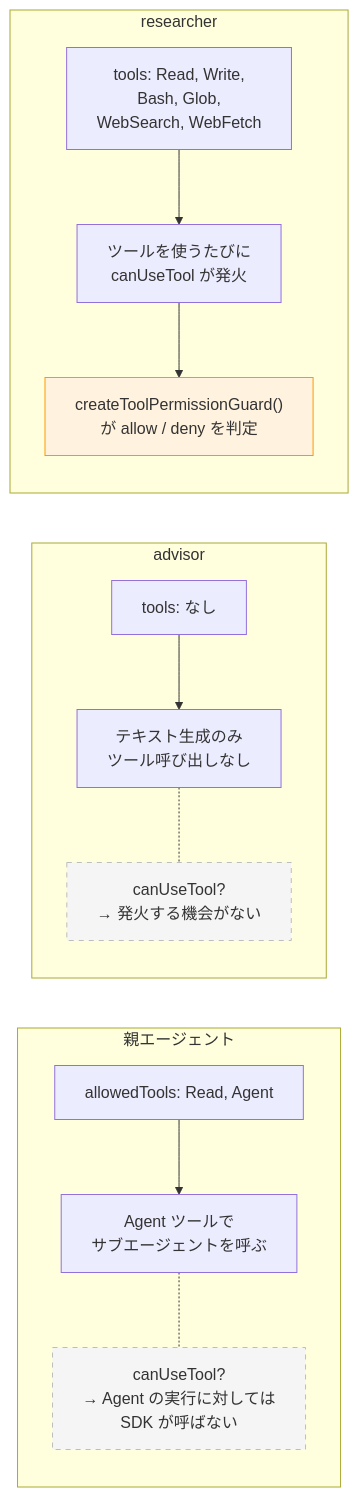
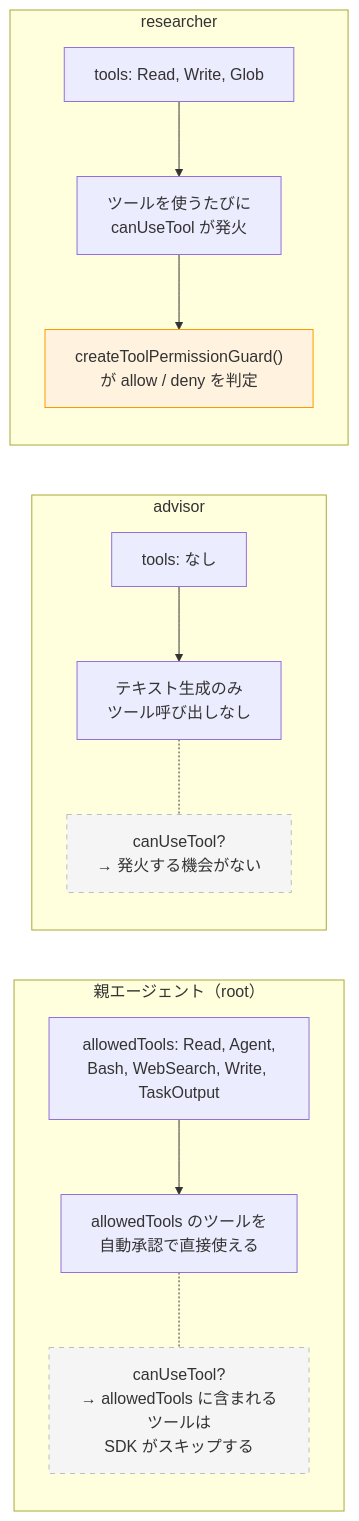
One commit to yukaorange/dcc_suport changed diagram 18 of 30 in docs/architecture.md. Above: the diagram before and after it, drawn with Mermaid. The commit also changed other lines of this file and 5 other files, not shown here.

````diff
--- a/docs/architecture.md
+++ b/docs/architecture.md
@@ -563,24 +563,24 @@
 ```mermaid
 flowchart LR
-    subgraph parent ["親エージェント"]
-        PT["allowedTools: Read, Agent"]
-        PT --> PA["Agent ツールで<br>サブエージェントを呼ぶ"]
-        PA -.- PG["canUseTool?<br>→ Agent の実行に対しては<br>SDK が呼ばない"]
+    subgraph parent ["親エージェント（root）"]
+        PT["allowedTools: Read, Agent,<br>Bash, WebSearch, Write, TaskOutput"]
+        PT --> PA["allowedTools のツールを<br>自動承認で直接使える"]
+        PA -.- PG["canUseTool?<br>→ allowedTools に含まれるツールは<br>SDK がスキップする"]
     end
 
     subgraph advisor_box ["advisor"]
         AT["tools: なし"]
         AT --> AA["テキスト生成のみ<br>ツール呼び出しなし"]
         AA -.- AG["canUseTool?<br>→ 発火する機会がない"]
     end
 
     subgraph researcher_box ["researcher"]
-        RT["tools: Read, Write,<br>Bash, Glob,<br>WebSearch, WebFetch"]
+        RT["tools: Read, Write, Glob"]
         RT --> RA["ツールを使うたびに<br>canUseTool が発火"]
         RA --> RG["createToolPermissionGuard()<br>が allow / deny を判定"]
     end
 
     style PG fill:#f5f5f5,stroke:#bdbdbd,stroke-dasharray: 5 5
     style AG fill:#f5f5f5,stroke:#bdbdbd,stroke-dasharray: 5 5
     style RG fill:#fff3e0,stroke:#ff9800
 ```
````
